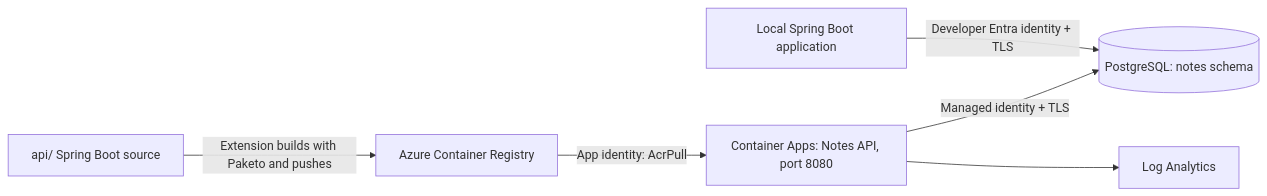
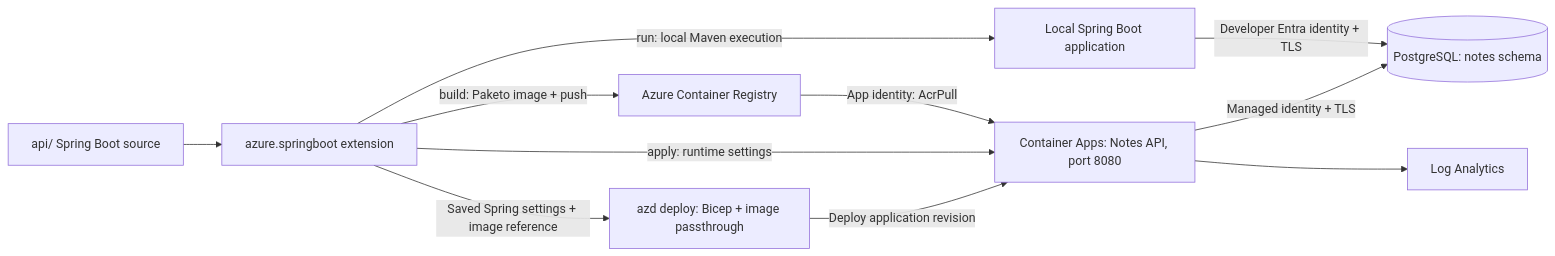
One commit to XiaofeiCao/springboot-postgresql-azd-template changed the diagram in README.md. Above: the diagram before and after it, drawn with Mermaid. The commit also changed other lines of this file, not shown here.

Commit message:
Show Spring Boot extension at architecture integration points

````diff
--- a/README.md
+++ b/README.md
@@ -11,8 +12,13 @@
 ```mermaid
 flowchart LR
-    Source["api/ Spring Boot source"] -->|"Extension builds with Paketo and pushes"| Registry["Azure Container Registry"]
-    Registry -->|"App identity: AcrPull"| App["Container Apps: Notes API, port 8080"]
+    Source["api/ Spring Boot source"] --> Extension["azure.springboot extension"]
+    Extension -->|"build: Paketo image + push"| Registry["Azure Container Registry"]
+    Extension -->|"Saved Spring settings + image reference"| Deploy["azd deploy: Bicep + image passthrough"]
+    Deploy -->|"Deploy application revision"| App["Container Apps: Notes API, port 8080"]
+    Extension -->|"apply: runtime settings"| App
+    Registry -->|"App identity: AcrPull"| App
     App -->|"Managed identity + TLS"| Database[("PostgreSQL: notes schema")]
-    Local["Local Spring Boot application"] -->|"Developer Entra identity + TLS"| Database
+    Extension -->|"run: local Maven execution"| Local["Local Spring Boot application"]
+    Local -->|"Developer Entra identity + TLS"| Database
     App --> Logs["Log Analytics"]
 ```
````
